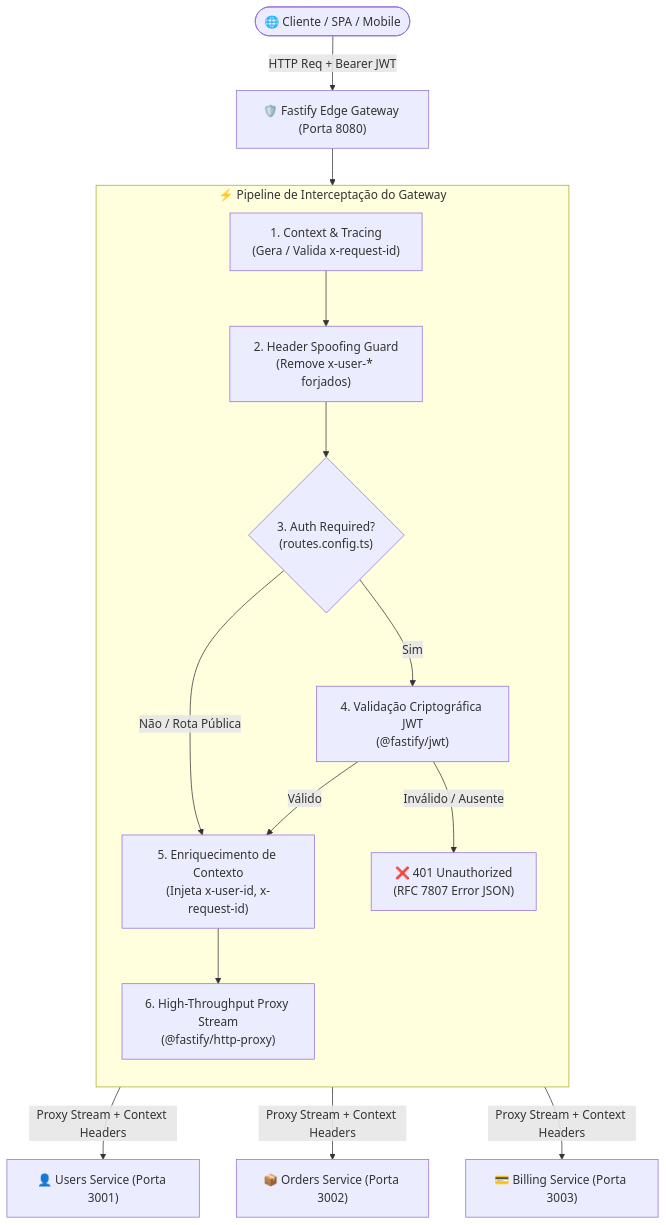
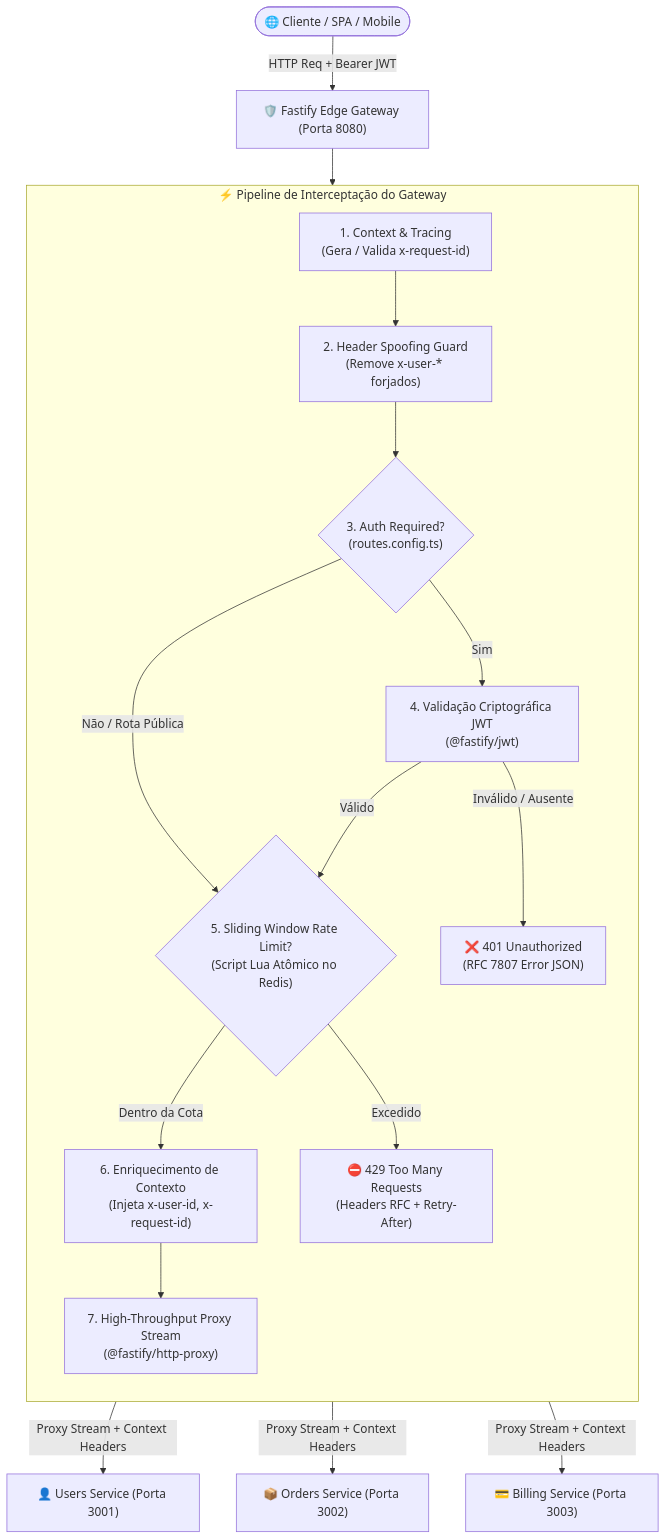
One commit to ViktorGabriel/fastify-edge-api-gateway changed the diagram in README.md. Above: the diagram before and after it, drawn with Mermaid. The commit also changed other lines of this file and 12 other files, not shown here.

Commit message:
feat(ratelimit): implement atomic sliding window rate limiter via Redis Lua scripts

````diff
--- a/README.md
+++ b/README.md
@@ -17,27 +23,30 @@
 ```mermaid
 flowchart TD
     Client(["🌐 Cliente / SPA / Mobile"]) -->|HTTP Req + Bearer JWT| Gateway["🛡️ Fastify Edge Gateway (Porta 8080)"]
 
     subgraph Pipeline ["⚡ Pipeline de Interceptação do Gateway"]
         direction TB
         Tracing["1. Context & Tracing<br/>(Gera / Valida x-request-id)"]
         SpoofGuard["2. Header Spoofing Guard<br/>(Remove x-user-* forjados)"]
         AuthCheck{"3. Auth Required?<br/>(routes.config.ts)"}
         JWTVerify["4. Validação Criptográfica JWT<br/>(@fastify/jwt)"]
-        HeaderEnrich["5. Enriquecimento de Contexto<br/>(Injeta x-user-id, x-request-id)"]
-        ProxyStream["6. High-Throughput Proxy Stream<br/>(@fastify/http-proxy)"]
+        RateLimit{"5. Sliding Window Rate Limit?<br/>(Script Lua Atômico no Redis)"}
+        HeaderEnrich["6. Enriquecimento de Contexto<br/>(Injeta x-user-id, x-request-id)"]
+        ProxyStream["7. High-Throughput Proxy Stream<br/>(@fastify/http-proxy)"]
 
         Tracing --> SpoofGuard --> AuthCheck
         AuthCheck -->|Sim| JWTVerify
-        AuthCheck -->|Não / Rota Pública| HeaderEnrich
-        JWTVerify -->|Válido| HeaderEnrich
-        JWTVerify -->|Inválido / Ausente| Deny["❌ 401 Unauthorized<br/>(RFC 7807 Error JSON)"]
+        AuthCheck -->|Não / Rota Pública| RateLimit
+        JWTVerify -->|Válido| RateLimit
+        JWTVerify -->|Inválido / Ausente| DenyAuth["❌ 401 Unauthorized<br/>(RFC 7807 Error JSON)"]
+        RateLimit -->|Dentro da Cota| HeaderEnrich
+        RateLimit -->|Excedido| DenyRL["⛔ 429 Too Many Requests<br/>(Headers RFC + Retry-After)"]
         HeaderEnrich --> ProxyStream
     end
 
     Gateway --> Pipeline
 
     ProxyStream -->|Proxy Stream + Context Headers| SvcUsers["👤 Users Service (Porta 3001)"]
     ProxyStream -->|Proxy Stream + Context Headers| SvcOrders["📦 Orders Service (Porta 3002)"]
     ProxyStream -->|Proxy Stream + Context Headers| SvcBilling["💳 Billing Service (Porta 3003)"]
 ```
````
